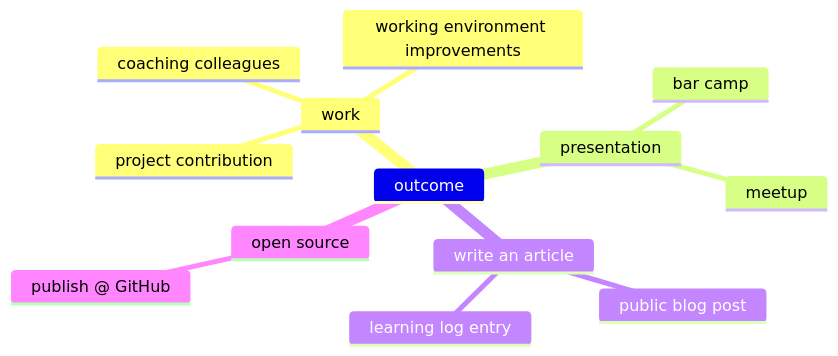
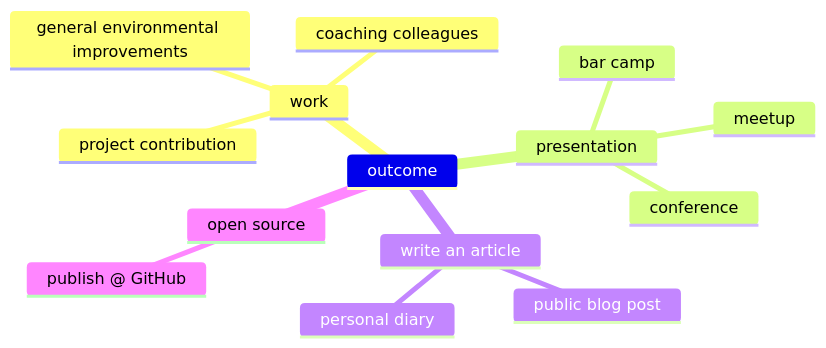
The diagram in pages/outcome.md (sourcefranke/learning-logs-presentation), drawn with Mermaid before and after one commit. The commit also changed other lines of this file and 10 other files, not shown here.

````diff
--- a/pages/outcome.md
+++ b/pages/outcome.md
@@ -8,16 +10,17 @@
 ```mermaid {scale: 1}
 mindmap
   outcome
     work
         project contribution
         coaching colleagues
-        working environment improvements
+        general environmental improvements
     presentation
+        conference
         bar camp
         meetup
     write an article
         public blog post
-        learning log entry
+        personal diary
     open source
         publish @ GitHub
 ```
````
